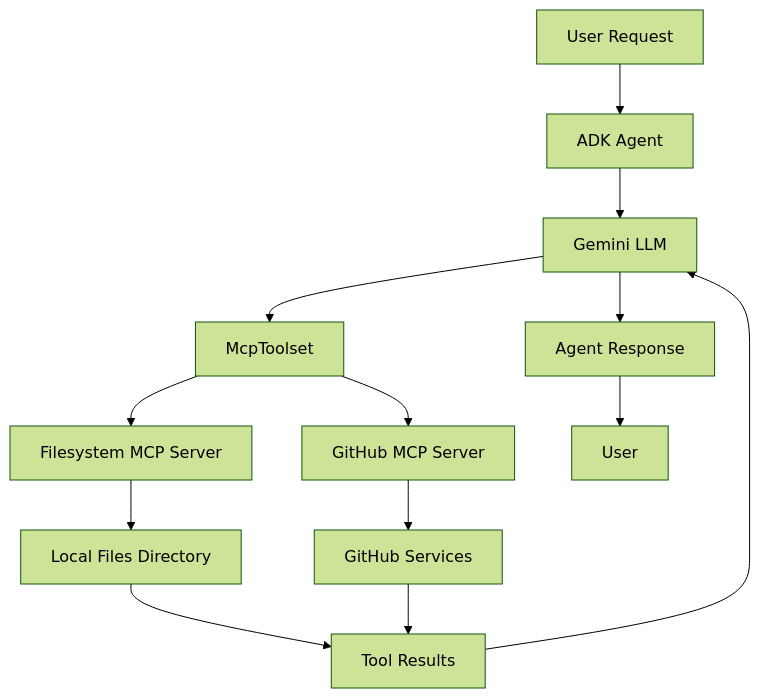
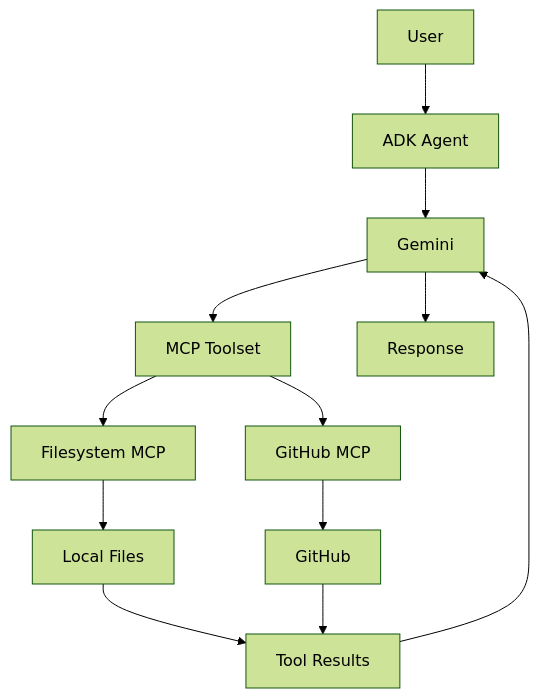
Before and after one commit to mayanknegi22/Google-adk: the fourth of 5 diagrams in README.md, drawn with Mermaid (forest theme). The commit also changed other lines of this file, not shown here.

Commit message:
Improve README documentation for ADK projects

````diff
--- a/README.md
+++ b/README.md
@@ -485,19 +511,14 @@
 ```mermaid
 flowchart TD
-    A[User Request] --> B[ADK Agent]
-    B --> C[Gemini LLM]
-    C --> D[McpToolset]
-
-    D --> E[Filesystem MCP Server]
-    D --> F[GitHub MCP Server]
-
-    E --> G[Local Files Directory]
-    F --> H[GitHub Services]
-
+    A[User] --> B[ADK Agent]
+    B --> C[Gemini]
+    C --> D[MCP Toolset]
+    D --> E[Filesystem MCP]
+    D --> F[GitHub MCP]
+    E --> G[Local Files]
+    F --> H[GitHub]
     G --> I[Tool Results]
     H --> I
-
     I --> C
-    C --> J[Agent Response]
-    J --> K[User]
+    C --> J[Response]
 ```
````
